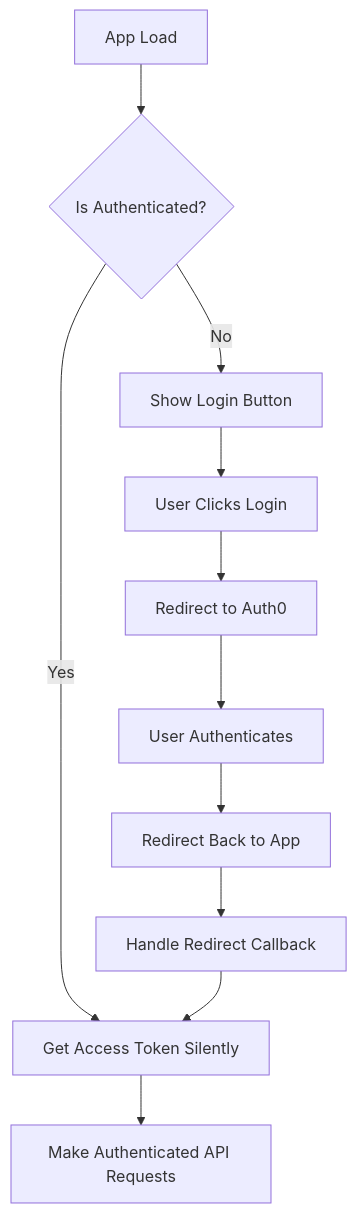
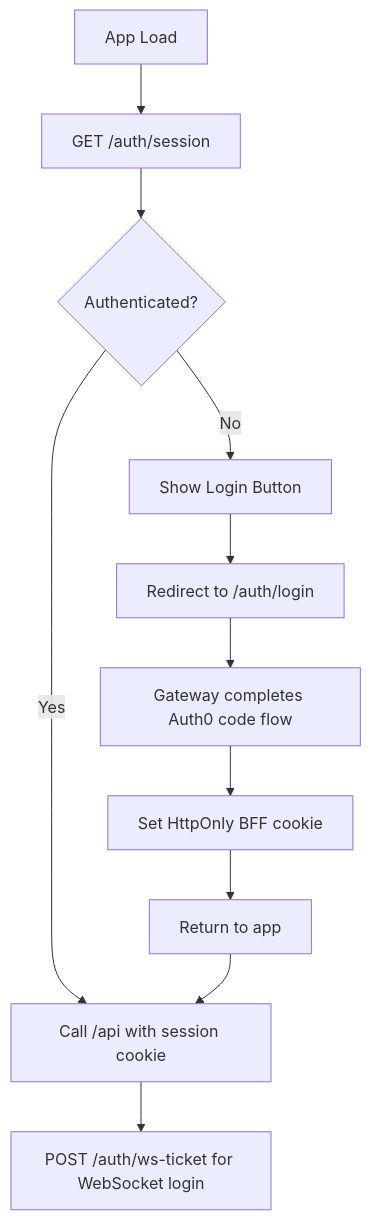
The diagram in README.md (f0ursqu4r3/trad-web-client), drawn with Mermaid before and after one commit. The commit also changed other lines of this file and 11 other files, not shown here.

Commit message:
Simplify client BFF auth config

````diff
--- a/README.md
+++ b/README.md
@@ -135,13 +131,13 @@
 ```mermaid
 flowchart TD
-    A[App Load] --> B{Is Authenticated?}
-    B -- Yes --> C[Get Access Token Silently]
-    B -- No --> D[Show Login Button]
-    D --> E[User Clicks Login]
-    E --> F[Redirect to Auth0]
-    F --> G[User Authenticates]
-    G --> H[Redirect Back to App]
-    H --> I[Handle Redirect Callback]
-    I --> C
-    C --> J[Make Authenticated API Requests]
+    A[App Load] --> B[GET /auth/session]
+    B --> C{Authenticated?}
+    C -- No --> D[Show Login Button]
+    D --> E[Redirect to /auth/login]
+    E --> F[Gateway completes Auth0 code flow]
+    F --> G[Set HttpOnly BFF cookie]
+    G --> H[Return to app]
+    C -- Yes --> I[Call /api with session cookie]
+    H --> I
+    I --> J[POST /auth/ws-ticket for WebSocket login]
 ```
````
